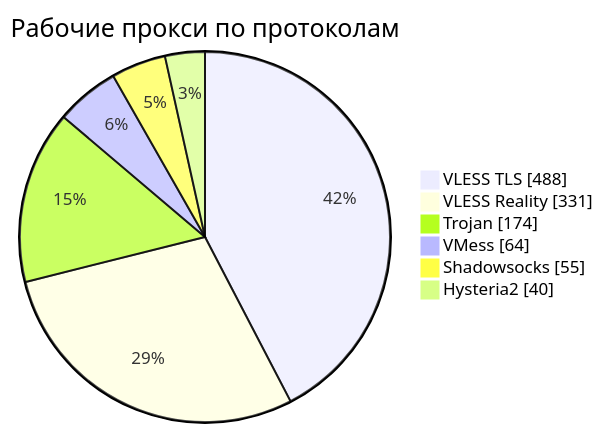
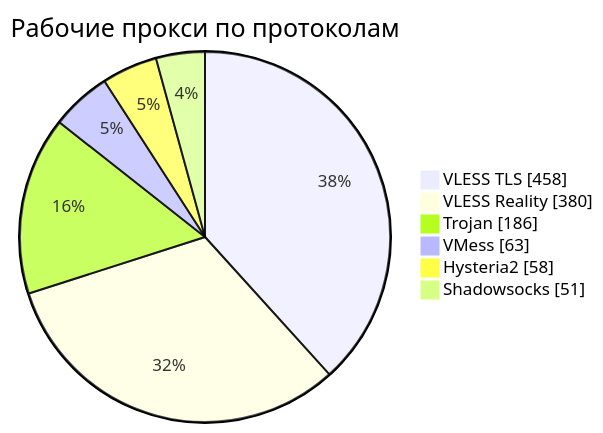
One commit to rvvg/proxy-subs changed the third of 4 diagrams in README.md. Above: the diagram before and after it, drawn with Mermaid. The commit also changed other lines of this file and 49 other files, not shown here.

````diff
--- a/README.md
+++ b/README.md
@@ -135,10 +138,10 @@
 ```mermaid
 pie showData
     title Рабочие прокси по протоколам
-    "VLESS TLS" : 488
-    "VLESS Reality" : 331
-    "Trojan" : 174
-    "VMess" : 64
-    "Shadowsocks" : 55
-    "Hysteria2" : 40
+    "VLESS TLS" : 458
+    "VLESS Reality" : 380
+    "Trojan" : 186
+    "VMess" : 63
+    "Hysteria2" : 58
+    "Shadowsocks" : 51
 ```
````
